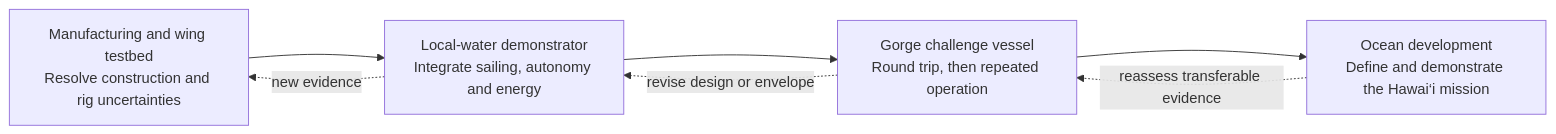
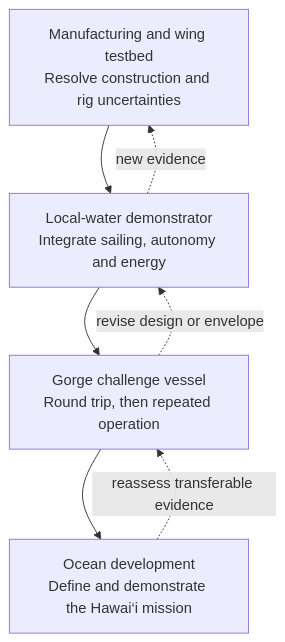
The first of 3 diagrams in docs/development-plan.md (DavidIngraham/sv-blue-dog), drawn with Mermaid before and after one commit. The commit also changed other lines of this file and 72 other files, not shown here.

````diff
--- a/docs/development-plan.md
+++ b/docs/development-plan.md
@@ -49,9 +15,11 @@
 ```mermaid
-flowchart LR
+flowchart TB
+    accTitle: Four increasingly capable development increments
+    accDescr: Start with the manufacturing and wing testbed, integrate a local-water demonstrator, attempt the Gorge challenge, and later develop the ocean mission. Evidence from each can reopen earlier design decisions.
     A["Manufacturing and wing testbed<br/>Resolve construction and rig uncertainties"] --> B["Local-water demonstrator<br/>Integrate sailing, autonomy and energy"]
     B --> C["Gorge challenge vessel<br/>Round trip, then repeated operation"]
     C --> D["Ocean development<br/>Define and demonstrate the Hawai‘i mission"]
     B -. "new evidence" .-> A
     C -. "revise design or envelope" .-> B
     D -. "reassess transferable evidence" .-> C
 ```
````
